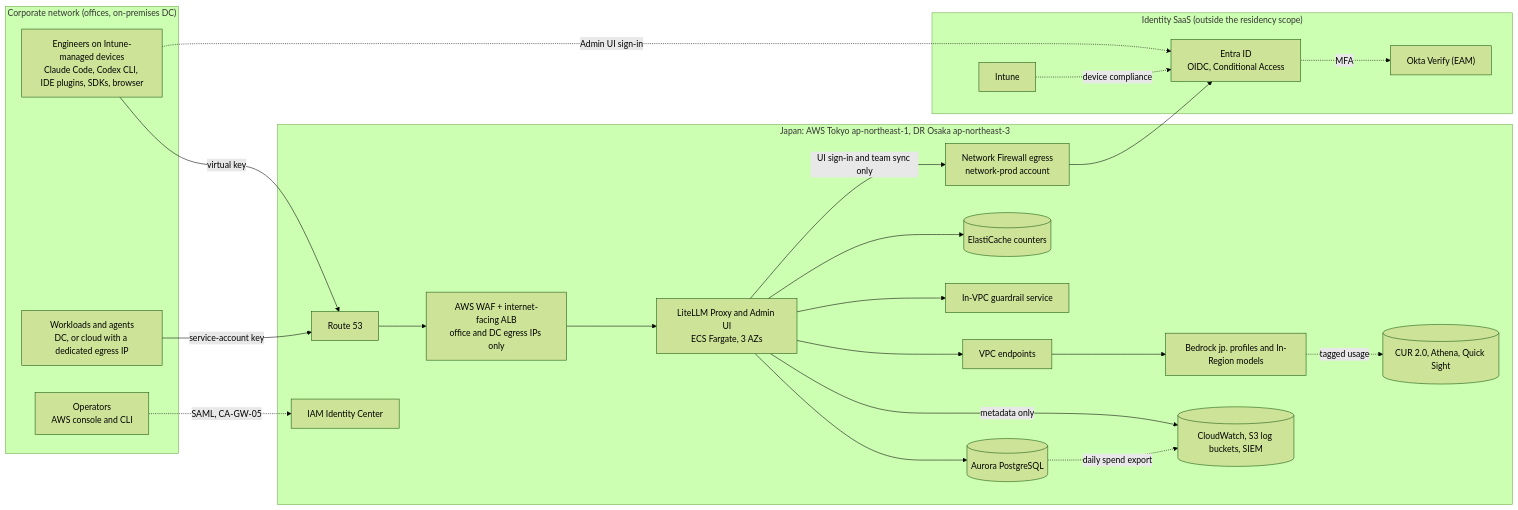
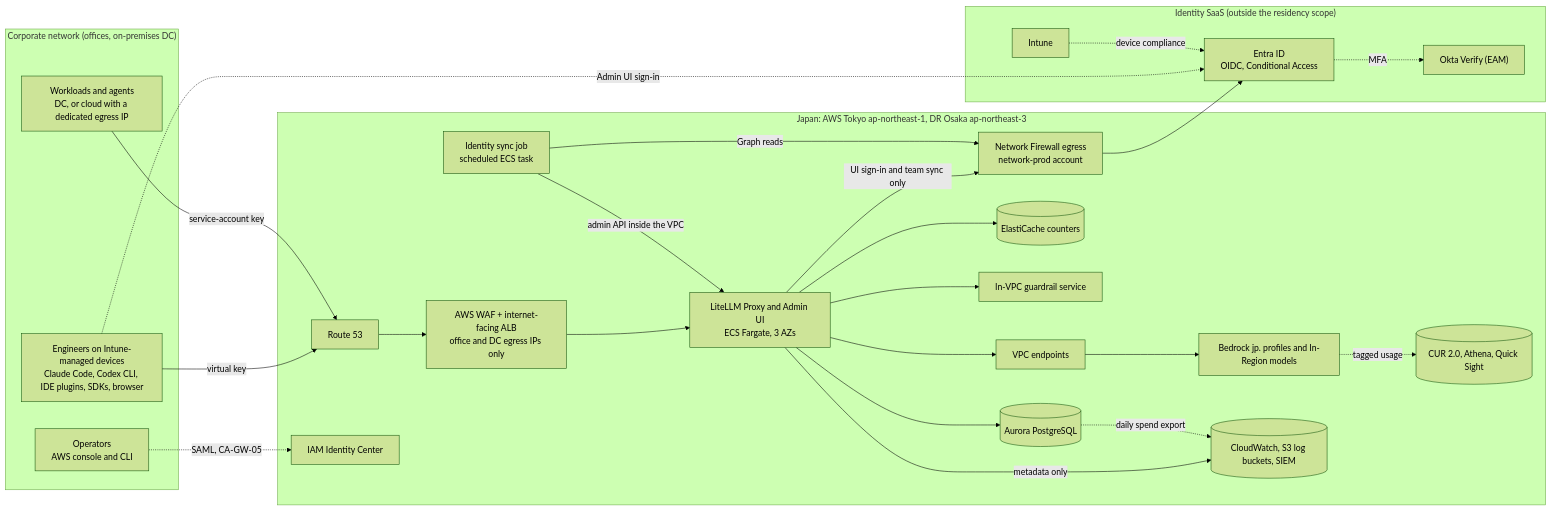
The first of 5 diagrams in docs/en/02-architecture-and-design.md (minddrop/ai-gateway-on-aws), drawn with Mermaid (forest theme) before and after one commit. The commit also changed other lines of this file and 19 other files, not shown here.

````diff
--- a/docs/en/02-architecture-and-design.md
+++ b/docs/en/02-architecture-and-design.md
@@ -46,42 +46,45 @@
 ```mermaid
 flowchart LR
   subgraph corp["Corporate network (offices, on-premises DC)"]
     eng["Engineers on Intune-managed devices<br/>Claude Code, Codex CLI, IDE plugins, SDKs, browser"]
     wl["Workloads and agents<br/>DC, or cloud with a dedicated egress IP"]
     ops["Operators<br/>AWS console and CLI"]
   end
   subgraph idp["Identity SaaS (outside the residency scope)"]
     entra["Entra ID<br/>OIDC, Conditional Access"]
     okta["Okta Verify (EAM)"]
     intune["Intune"]
   end
   subgraph jp["Japan: AWS Tokyo ap-northeast-1, DR Osaka ap-northeast-3"]
     r53["Route 53"]
     waf["AWS WAF + internet-facing ALB<br/>office and DC egress IPs only"]
     gw["LiteLLM Proxy and Admin UI<br/>ECS Fargate, 3 AZs"]
     db[("Aurora PostgreSQL")]
     redis[("ElastiCache counters")]
     guard["In-VPC guardrail service"]
     vpce["VPC endpoints"]
     bedrock["Bedrock jp. profiles and In-Region models"]
     nfw["Network Firewall egress<br/>network-prod account"]
     logs[("CloudWatch, S3 log buckets, SIEM")]
     bill[("CUR 2.0, Athena, Quick Sight")]
     idc["IAM Identity Center"]
+    sync["Identity sync job<br/>scheduled ECS task"]
   end
   eng -- "virtual key" --> r53
   wl -- "service-account key" --> r53
   r53 --> waf --> gw
   gw --> db
   gw --> redis
   gw --> guard
   gw --> vpce --> bedrock
   gw -- "metadata only" --> logs
   gw -- "UI sign-in and team sync only" --> nfw --> entra
+  sync -- "Graph reads" --> nfw
+  sync -- "admin API inside the VPC" --> gw
   db -. "daily spend export" .-> logs
   bedrock -. "tagged usage" .-> bill
   eng -. "Admin UI sign-in" .-> entra
   entra -. "MFA" .-> okta
   intune -. "device compliance" .-> entra
   ops -. "SAML, CA-GW-05" .-> idc
 ```
````
